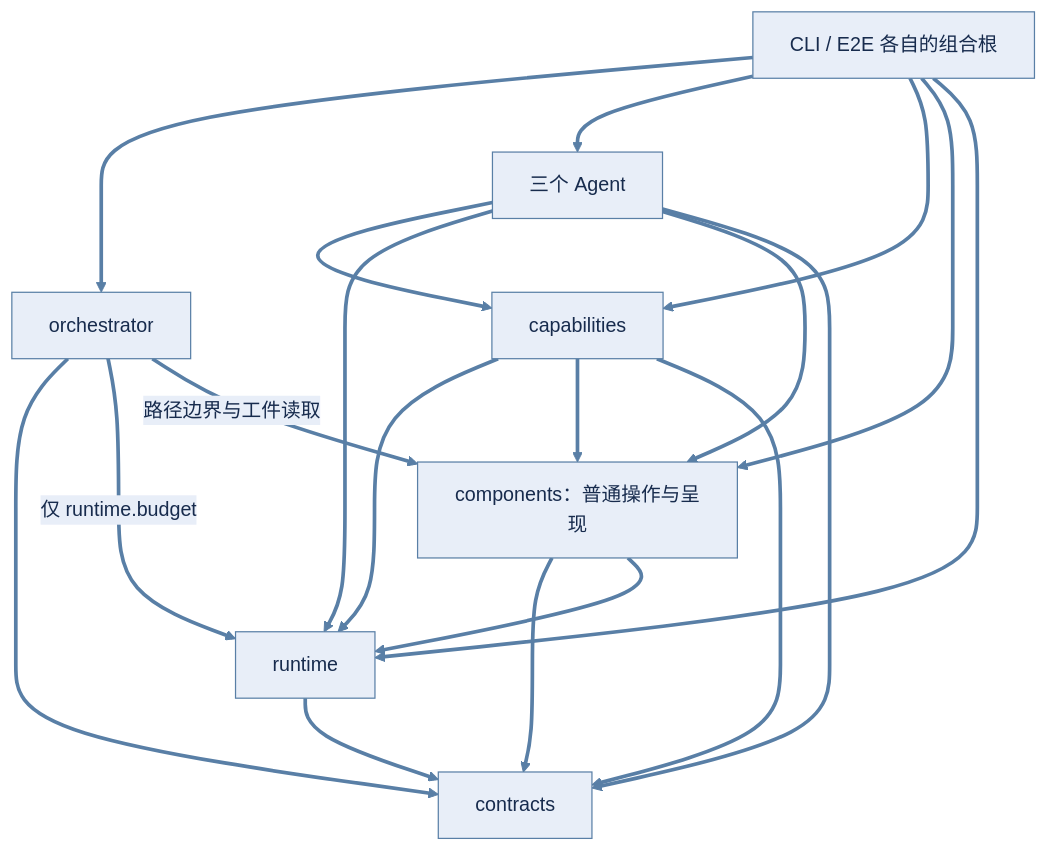
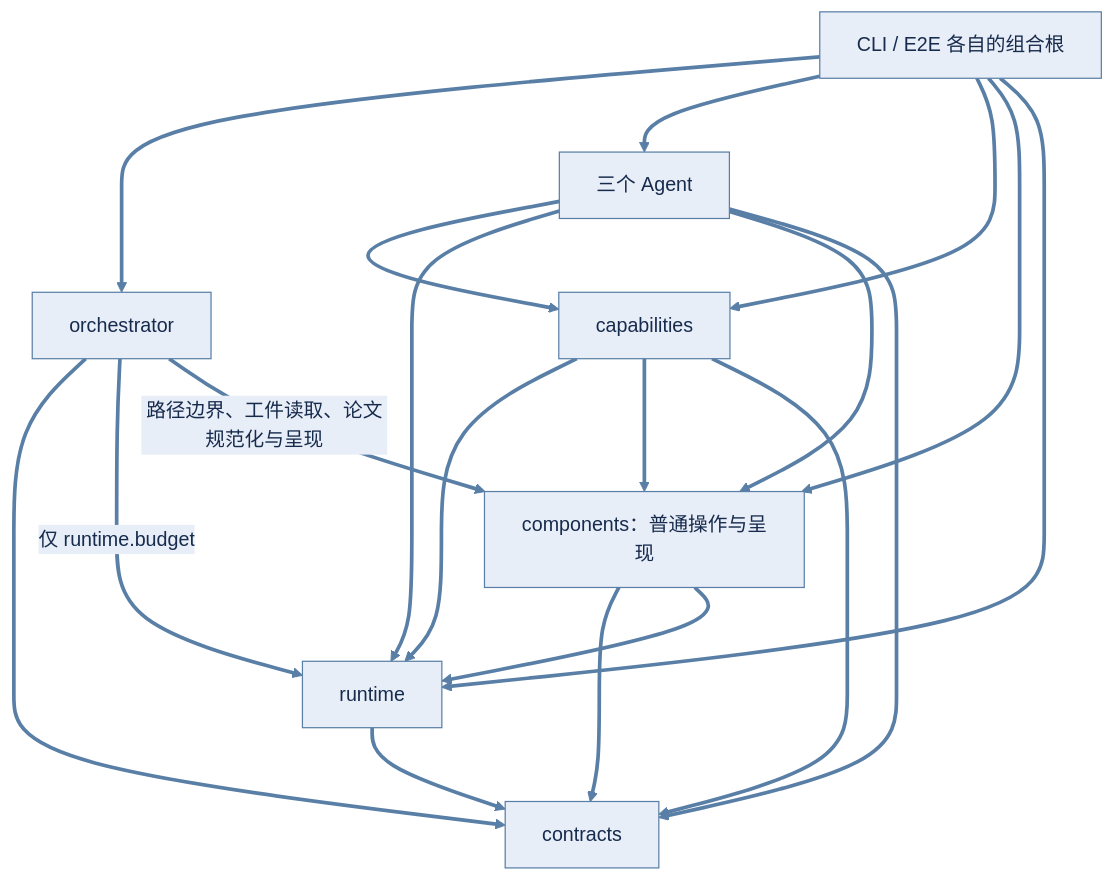
One commit to ylc123456789/ResAgent2 changed the second of 2 diagrams in docs/current/ARCHITECTURE.md. Above: the diagram before and after it, drawn with Mermaid. The commit also changed other lines of this file and 37 other files, not shown here.

````diff
--- a/docs/current/ARCHITECTURE.md
+++ b/docs/current/ARCHITECTURE.md
@@ -60,23 +60,23 @@
 ```mermaid
 %%{init: {"theme": "base", "themeVariables": {"primaryColor": "#e8eef8", "primaryTextColor": "#172b4d", "primaryBorderColor": "#597fa6", "lineColor": "#597fa6", "textColor": "#172b4d", "edgeLabelBackground": "#e8eef8"}, "flowchart": {"nodeSpacing": 50, "rankSpacing": 60}}}%%
 flowchart TB
     Runtime[runtime] --> Contracts[contracts]
     Components[components：普通操作与呈现] --> Contracts
     Components --> Runtime
     Caps[capabilities] --> Runtime
     Caps --> Components
     Caps --> Contracts
     Agents[三个 Agent] --> Caps
     Agents --> Runtime
     Agents --> Components
     Agents --> Contracts
     Orch[orchestrator] --> Contracts
     Orch -->|仅 runtime.budget| Runtime
-    Orch -->|路径边界与工件读取| Components
+    Orch -->|路径边界、工件读取、论文规范化与呈现| Components
     Root[CLI / E2E 各自的组合根] --> Orch
     Root --> Agents
     Root --> Caps
     Root --> Components
     Root --> Runtime
     linkStyle default stroke:#597fa6,stroke-width:3px
 ```
````
